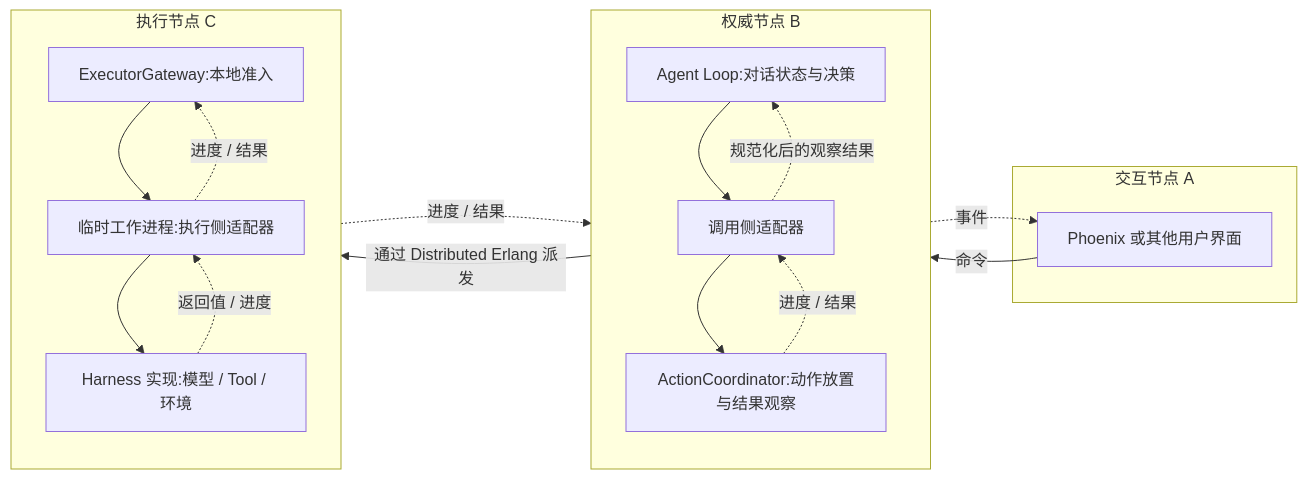
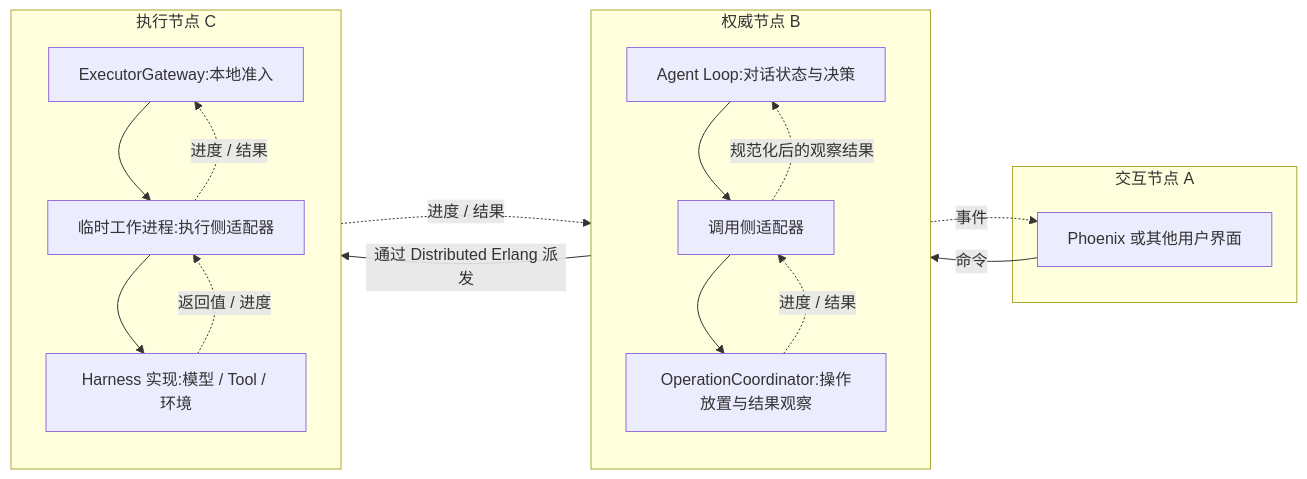
The diagram in architecture_zh.md (Hobr/Beamlet), drawn with Mermaid before and after one commit. The commit also changed other lines of this file and 8 other files, not shown here.

Commit message:
agent: edit task distributed-agent-architecture

````diff
--- a/architecture_zh.md
+++ b/architecture_zh.md
@@ -46,31 +46,31 @@
 ```mermaid
 flowchart LR
     subgraph node_a["交互节点 A"]
         ui["Phoenix 或其他用户界面"]
     end
 
     subgraph node_b["权威节点 B"]
         direction TB
         agent_loop["Agent Loop:对话状态与决策"]
         caller_adapter["调用侧适配器"]
-        coordinator["ActionCoordinator:动作放置与结果观察"]
+        coordinator["OperationCoordinator:操作放置与结果观察"]
         agent_loop --> caller_adapter --> coordinator
     end
 
     subgraph node_c["执行节点 C"]
         direction TB
         gateway["ExecutorGateway:本地准入"]
         worker["临时工作进程:执行侧适配器"]
         harness["Harness 实现:模型 / Tool / 环境"]
         gateway --> worker --> harness
         harness -.->|"返回值 / 进度"| worker
         worker -.->|"进度 / 结果"| gateway
     end
 
     ui -->|"命令"| agent_loop
     agent_loop -.->|"事件"| ui
     coordinator -->|"通过 Distributed Erlang 派发"| gateway
     gateway -.->|"进度 / 结果"| coordinator
     coordinator -.->|"进度 / 结果"| caller_adapter
     caller_adapter -.->|"规范化后的观察结果"| agent_loop
 ```
````
